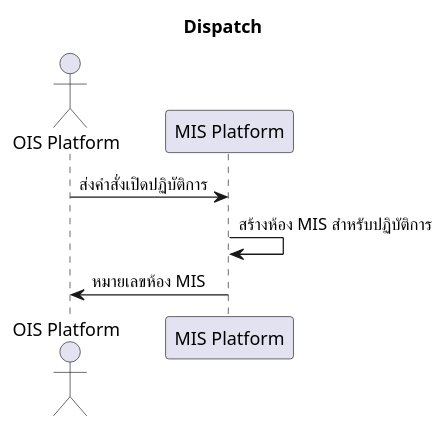
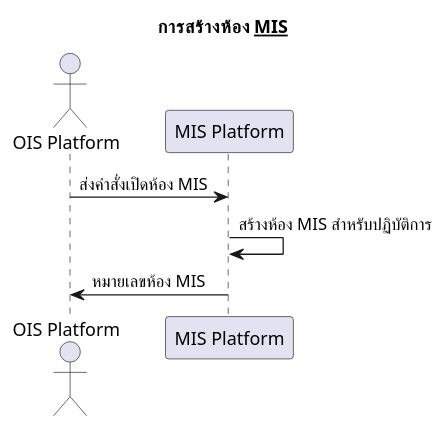
The diagram in uml/create_dispatch.plantuml (lionants02/mis-api-doc), drawn with PlantUML before and after one commit. The commit also changed 10 other files, not shown here.

```diff
--- a/uml/create_dispatch.plantuml
+++ b/uml/create_dispatch.plantuml
@@ -1,7 +1,7 @@
 @startuml
-Title Dispatch
+Title การสร้างห้อง __MIS__
 actor "OIS Platform" as OIS
-  OIS -> "MIS Platform": ส่งคำสั่งเปิดปฏิบัติการ
+  OIS -> "MIS Platform": ส่งคำสั่งเปิดห้อง MIS
   "MIS Platform" -> "MIS Platform": สร้างห้อง MIS สำหรับปฏิบัติการ
   OIS <- "MIS Platform": หมายเลขห้อง MIS
 @enduml
```
